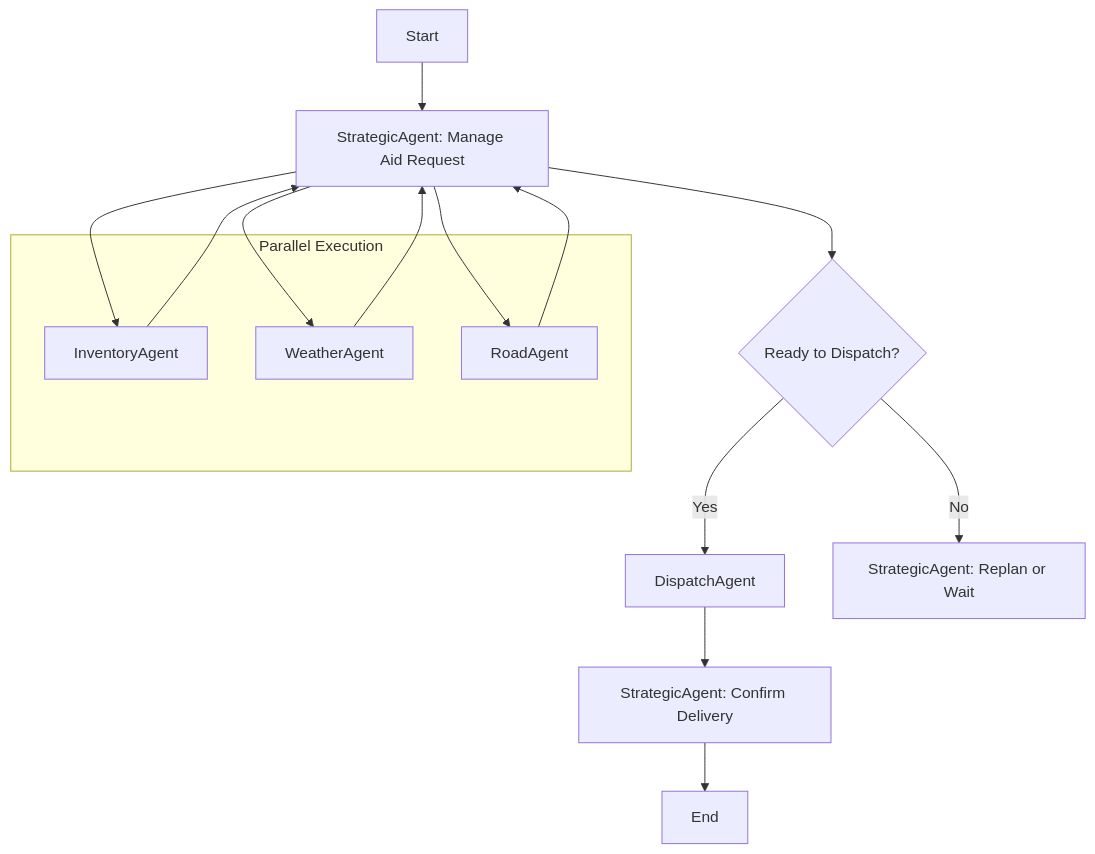
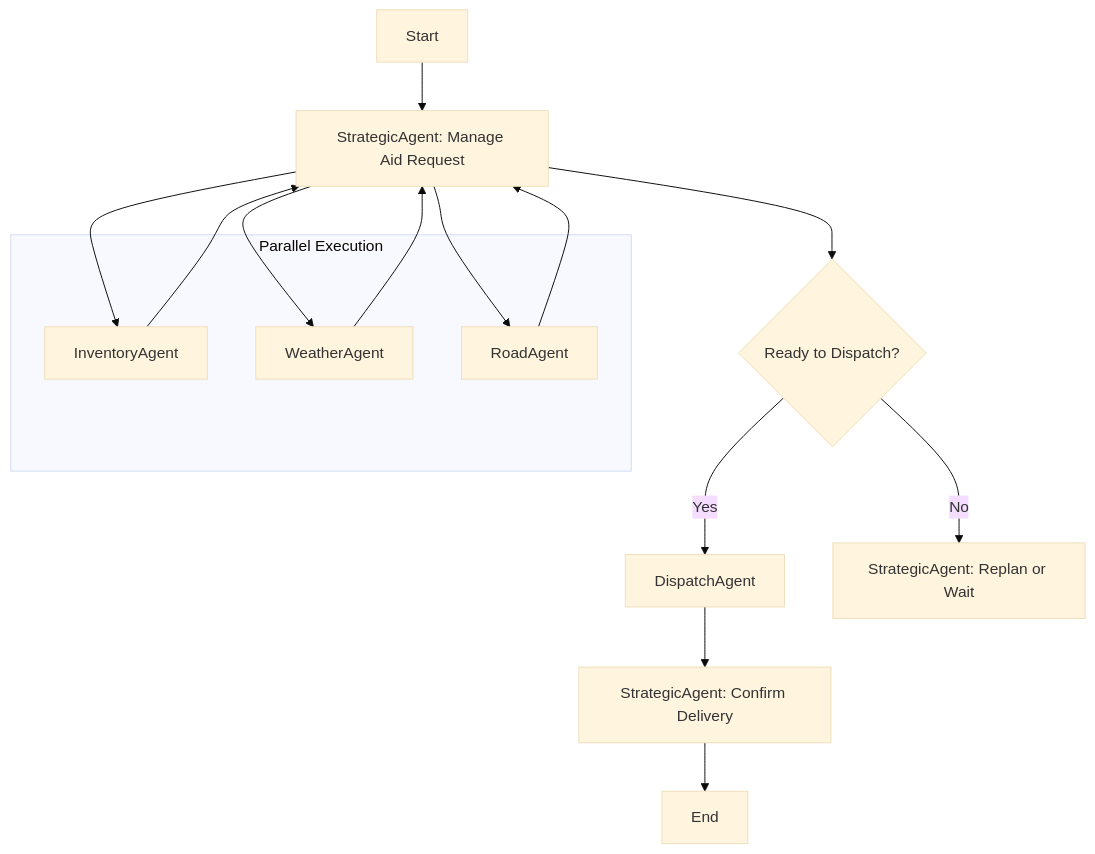
Before and after one commit to linuxbender/agentic-ai-nd: the diagram in Course-02/lesson-3/lesson-3.mmd, drawn with Mermaid.

Commit message:
fix: add missing initialization line for flowchart in lesson 3

```diff
--- a/Course-02/lesson-3/lesson-3.mmd
+++ b/Course-02/lesson-3/lesson-3.mmd
@@ -1,23 +1,24 @@
+%%{init: { 'theme': 'base', 'primaryColor': '#ffffff', 'primaryBorderColor': '#000000', 'background': '#ffffff', 'mainBkg': '#ffffff', 'secondBkg': '#ffffff', 'tertiaryBkg': '#ffffff'} }%%
 flowchart TD
     Start[Start] --> StrategicAgent[StrategicAgent: Manage Aid Request]
 
     subgraph Parallel Execution
         InventoryAgent[InventoryAgent]
         WeatherAgent[WeatherAgent]
         RoadAgent[RoadAgent]
     end
 
     StrategicAgent --> InventoryAgent
     StrategicAgent --> WeatherAgent
     StrategicAgent --> RoadAgent
 
     InventoryAgent --> StrategicAgent
     WeatherAgent --> StrategicAgent
     RoadAgent --> StrategicAgent
 
     StrategicAgent --> DispatchDecision{Ready to Dispatch?}
     DispatchDecision -- Yes --> DispatchAgent[DispatchAgent]
     DispatchDecision -- No --> Replan[StrategicAgent: Replan or Wait]
 
     DispatchAgent --> Confirm[StrategicAgent: Confirm Delivery]
     Confirm --> End[End]
```
